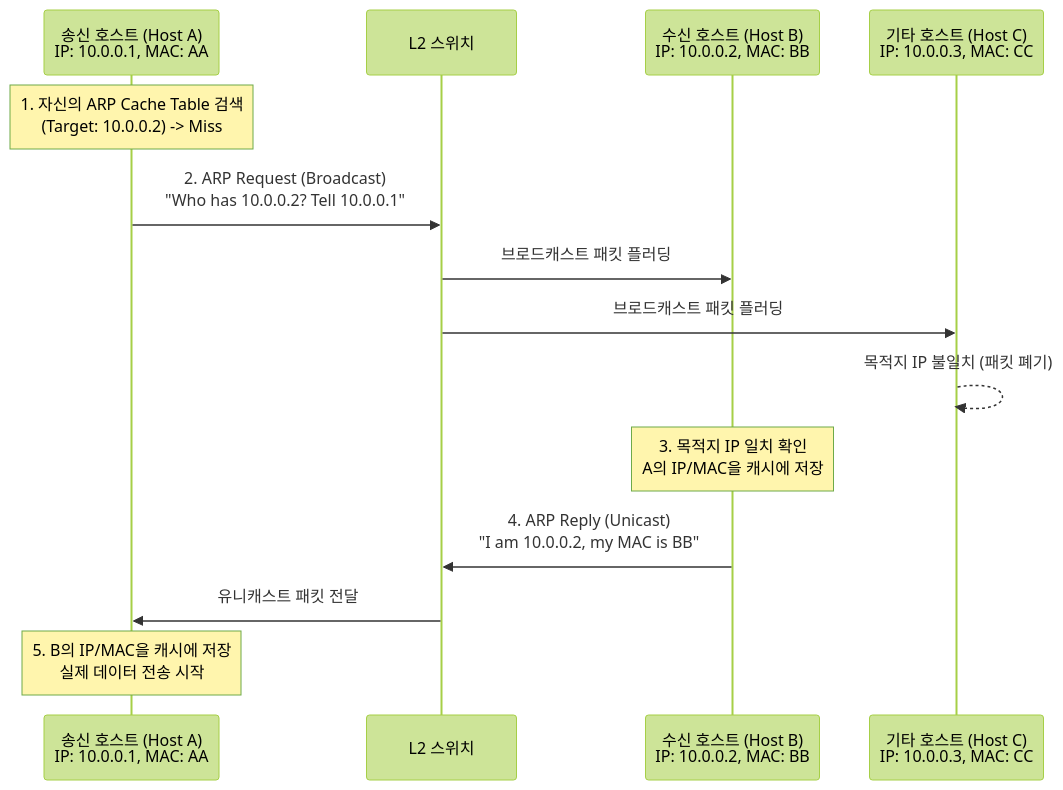
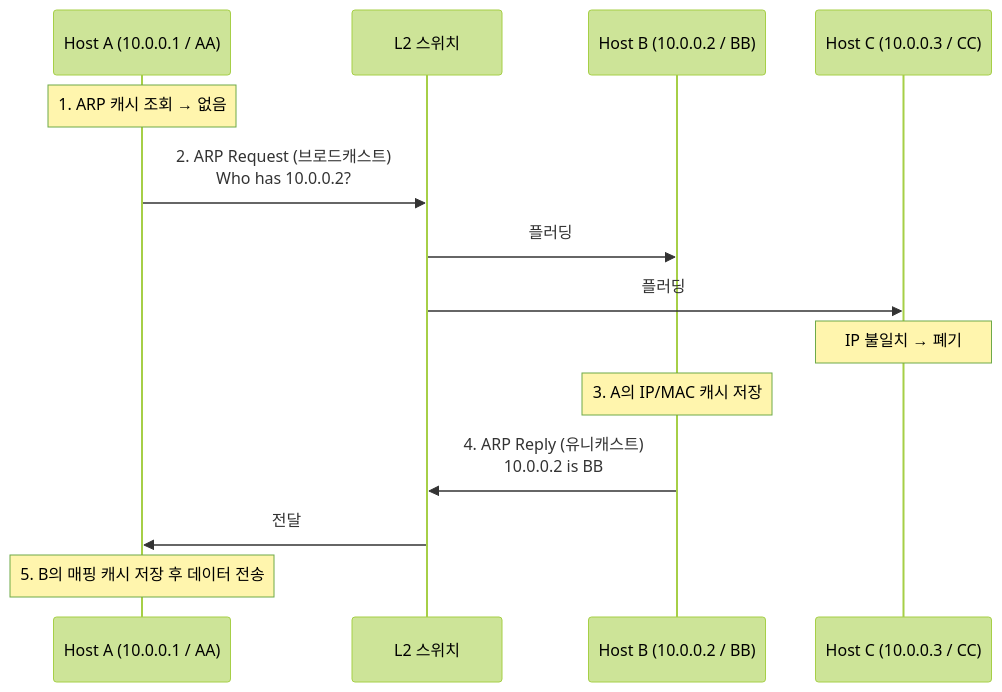
One commit to supremethumb/supremethumb.github.io changed the diagram in content/01_IT Tech/ARP.md. Above: the diagram before and after it, drawn with Mermaid (forest theme). The commit also changed other lines of this file and 1087 other files, not shown here.

````diff
--- a/content/01_IT Tech/ARP.md
+++ b/content/01_IT Tech/ARP.md
@@ -31,21 +35,16 @@
 ```mermaid
 sequenceDiagram
-    participant A as 송신 호스트 (Host A)<br/>IP: 10.0.0.1, MAC: AA
-    participant Switch as L2 스위치
-    participant B as 수신 호스트 (Host B)<br/>IP: 10.0.0.2, MAC: BB
-    participant C as 기타 호스트 (Host C)<br/>IP: 10.0.0.3, MAC: CC
-
-    Note over A: 1. 자신의 ARP Cache Table 검색<br/>(Target: 10.0.0.2) -> Miss
-    A->>Switch: 2. ARP Request (Broadcast)<br/>"Who has 10.0.0.2? Tell 10.0.0.1"
-    Switch->>B: 브로드캐스트 패킷 플러딩
-    Switch->>C: 브로드캐스트 패킷 플러딩
-    
-    C-->>C: 목적지 IP 불일치 (패킷 폐기)
-    
-    Note over B: 3. 목적지 IP 일치 확인<br/>A의 IP/MAC을 캐시에 저장
-    B->>Switch: 4. ARP Reply (Unicast)<br/>"I am 10.0.0.2, my MAC is BB"
-    Switch->>A: 유니캐스트 패킷 전달
-    
-    Note over A: 5. B의 IP/MAC을 캐시에 저장<br/>실제 데이터 전송 시작
-
+    participant A as Host A (10.0.0.1 / AA)
+    participant SW as L2 스위치
+    participant B as Host B (10.0.0.2 / BB)
+    participant C as Host C (10.0.0.3 / CC)
+    Note over A: 1. ARP 캐시 조회 → 없음
+    A->>SW: 2. ARP Request (브로드캐스트)<br/>Who has 10.0.0.2?
+    SW->>B: 플러딩
+    SW->>C: 플러딩
+    Note over C: IP 불일치 → 폐기
+    Note over B: 3. A의 IP/MAC 캐시 저장
+    B->>SW: 4. ARP Reply (유니캐스트)<br/>10.0.0.2 is BB
+    SW->>A: 전달
+    Note over A: 5. B의 매핑 캐시 저장 후 데이터 전송
 ```
````
